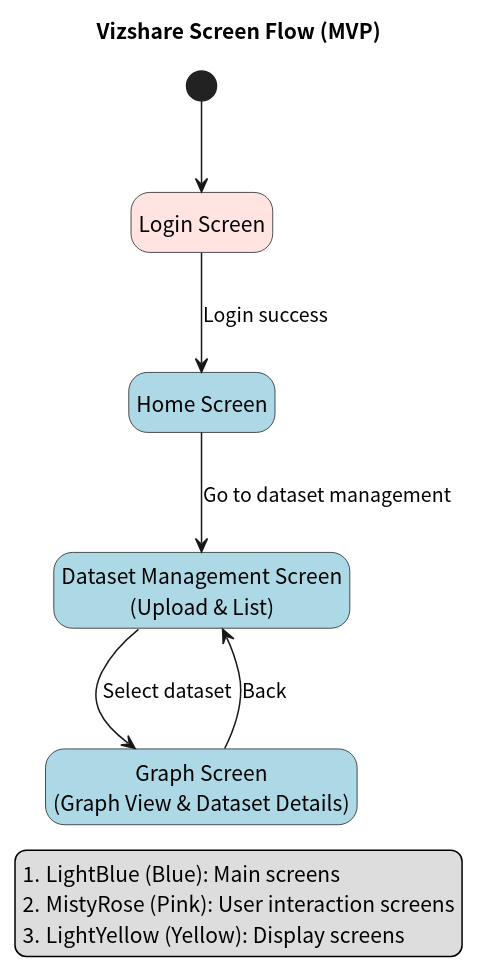
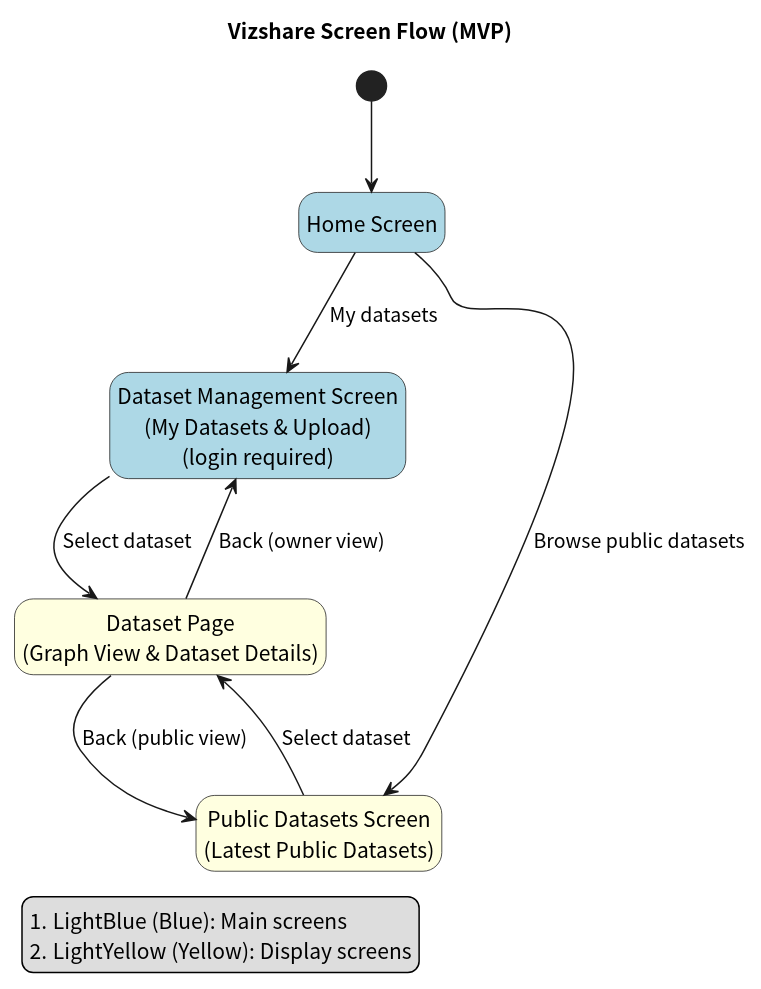
One commit to tomoki-shiozaki/vizshare changed the diagram in docs/screen_flow/screen_flow_diagram.pu. Above: the diagram before and after it, drawn with PlantUML. The commit also changed 1 other file, not shown here.

Commit message:
docs(screen flow): update screen flow diagram

```diff
--- a/docs/screen_flow/screen_flow_diagram.pu
+++ b/docs/screen_flow/screen_flow_diagram.pu
@@ -1,36 +1,28 @@
 @startuml screen_flow_vizshare
 skinparam defaultFontName "Noto Sans CJK JP"
 hide empty description
 
 title Vizshare Screen Flow (MVP)
 
 legend left
 #LightBlue (Blue): Main screens
-#MistyRose (Pink): User interaction screens
 #LightYellow (Yellow): Display screens
 end legend
 
-[*] --> login
+[*] --> home
 
-state "Login Screen" as login <<UserAction>>
 state "Home Screen" as home #LightBlue
-state "Dataset Management Screen\n(Upload & List)" as datasetManagement #LightBlue
-state "Graph Screen\n(Graph View & Dataset Details)" as graphView #LightBlue
+state "Dataset Management Screen\n(My Datasets & Upload)\n(login required)" as datasetManagement #LightBlue
+state "Public Datasets Screen\n(Latest Public Datasets)" as publicDatasets #LightYellow
+state "Dataset Page\n(Graph View & Dataset Details)" as datasetView #LightYellow
 
-login --> home : Login success
+home --> datasetManagement : My datasets
+home --> publicDatasets : Browse public datasets
 
-' Navigation from home
-home --> datasetManagement : Go to dataset management
+datasetManagement --> datasetView : Select dataset
+publicDatasets --> datasetView : Select dataset
 
-' From dataset management
-datasetManagement --> graphView : Select dataset
-
-' Back navigation (if implemented)
-graphView --> datasetManagement : Back
-
-skinparam state {
-  BackgroundColor<<UserAction>> MistyRose
-  BackgroundColor<<Display>> LightYellow
-}
+datasetView --> datasetManagement : Back (owner view)
+datasetView --> publicDatasets : Back (public view)
 
 @enduml
```
